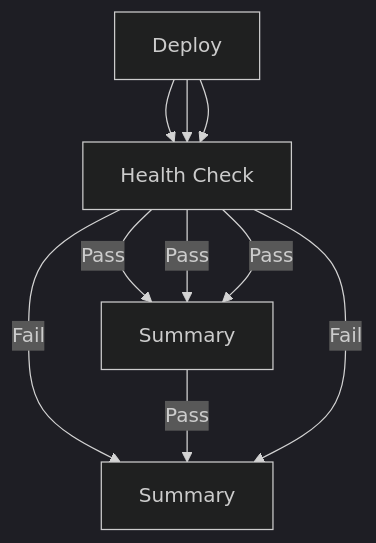
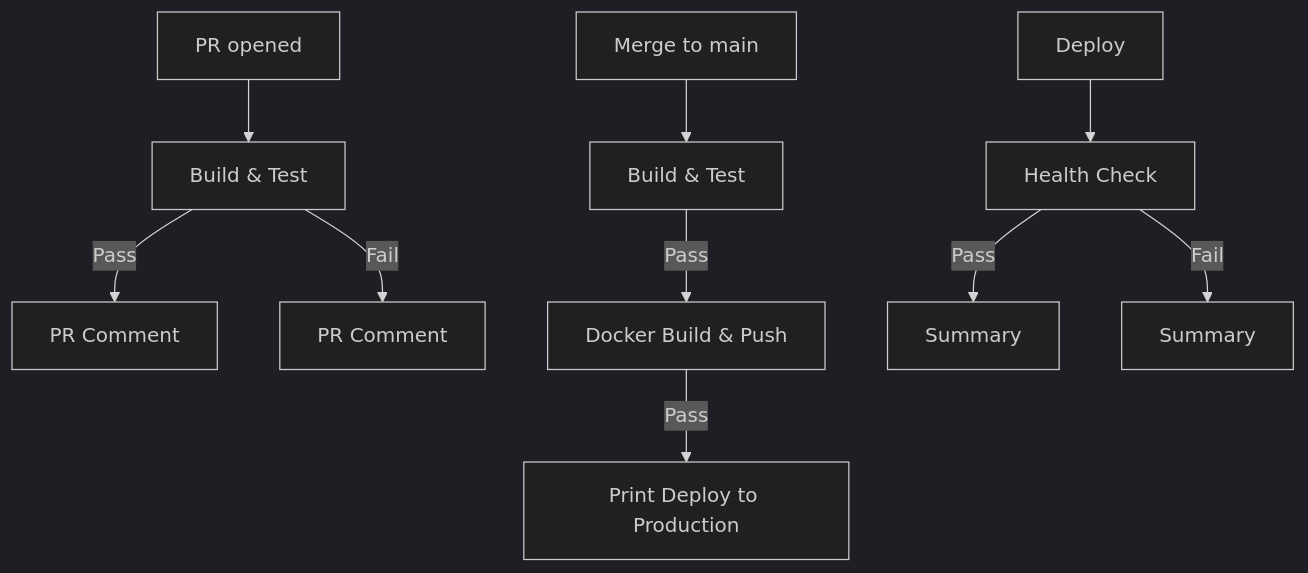
The diagram in README.md (Afroz-J-Shaikh/github-actions-capstone), drawn with Mermaid (dark theme) before and after one commit.

````diff
--- a/README.md
+++ b/README.md
@@ -34,14 +34,14 @@
 ```mermaid
 graph TD
     A[PR opened] --> B[Build & Test]
     B -->|Pass| C[PR Comment]
     B -->|Fail| D[PR Comment]
     
-    A[Merge to main] --> B[Build & Test]
-    B -->|Pass| C[Docker Build & Push]
-    C -->|Pass| D[Print Deploy to Production]
+    E[Merge to main] --> F[Build & Test]
+    F -->|Pass| G[Docker Build & Push]
+    G -->|Pass| H[Print Deploy to Production]
     
-    A[Deploy] --> B[Health Check]
-    B -->|Pass| C[Summary]
-    B -->|Fail| D[Summary]
+    I[Deploy] --> J[Health Check]
+    J -->|Pass| K[Summary]
+    J -->|Fail| L[Summary]
 ```
````
